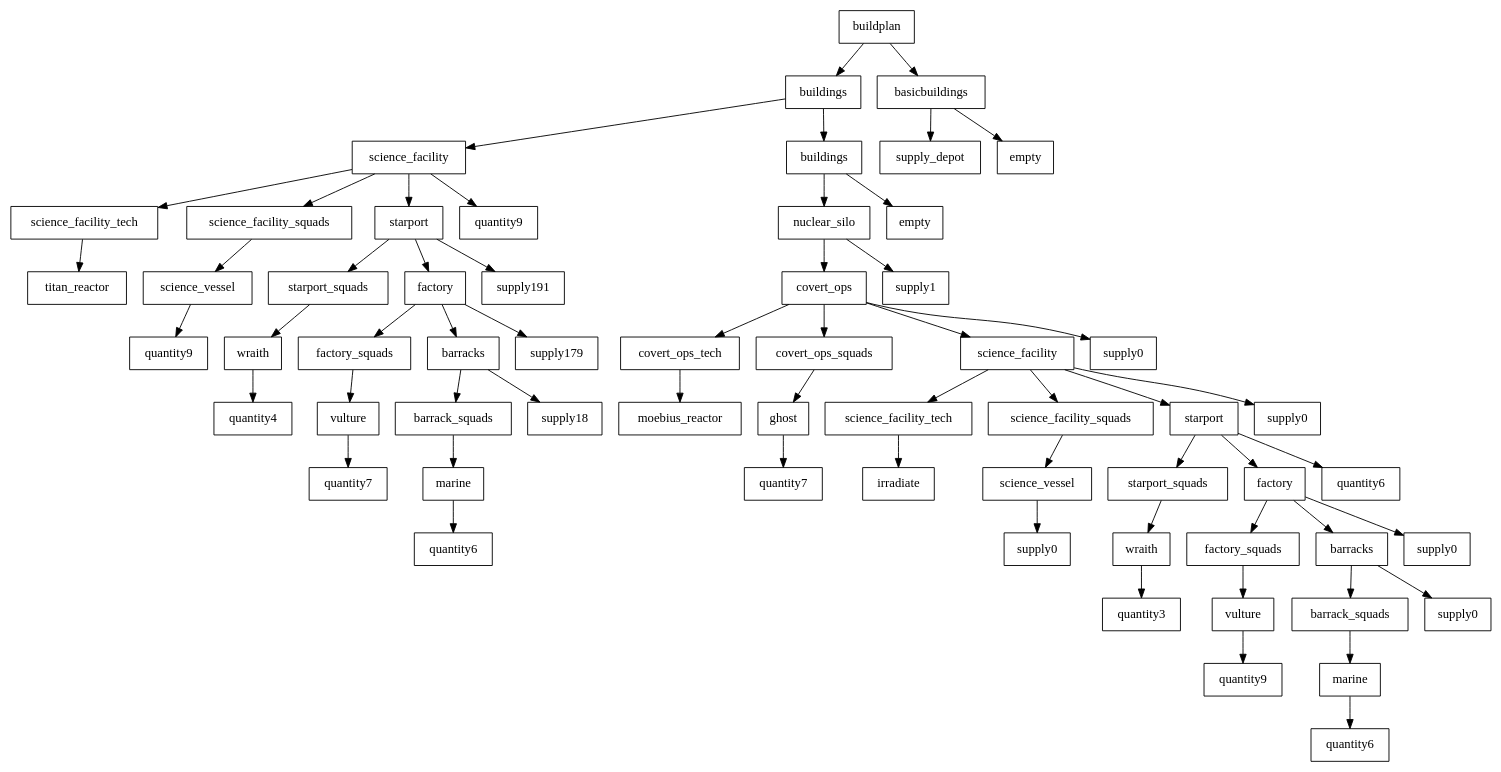
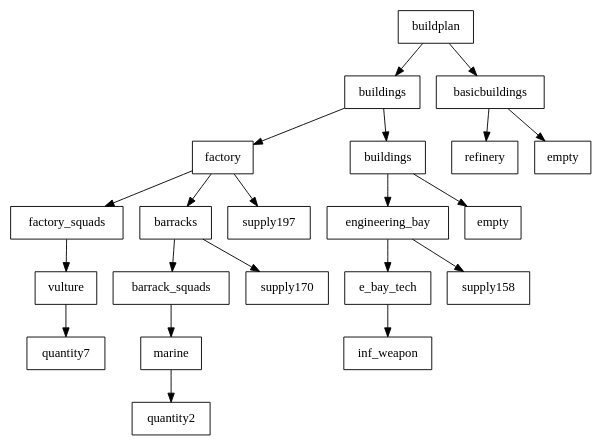
The diagram in GPBot/file.dot (cryogenic-dreams/StarCraft-GPBot), drawn with Graphviz before and after one commit. The commit also changed 6 other files, not shown here.

```diff
--- a/GPBot/file.dot
+++ b/GPBot/file.dot
@@ -1,123 +1,45 @@
 digraph g {
 graph [ordering=out];
 node [shape=rectangle];
 n[label = "buildplan"];
 n0[label = "buildings"];
-n00[label = "science_facility"];
-n000[label = "science_facility_tech"];
-n0000[label = "titan_reactor"];
+n00[label = "factory"];
+n000[label = "factory_squads"];
+n0000[label = "vulture"];
+n00000[label = "quantity7"];
+n0000 -> n00000;
 n000 -> n0000;
 n00 -> n000;
-n001[label = "science_facility_squads"];
-n0010[label = "science_vessel"];
-n00100[label = "quantity9"];
+n001[label = "barracks"];
+n0010[label = "barrack_squads"];
+n00100[label = "marine"];
+n001000[label = "quantity2"];
+n00100 -> n001000;
 n0010 -> n00100;
 n001 -> n0010;
+n0011[label = "supply170"];
+n001 -> n0011;
 n00 -> n001;
-n002[label = "starport"];
-n0020[label = "starport_squads"];
-n00200[label = "wraith"];
-n002000[label = "quantity4"];
-n00200 -> n002000;
-n0020 -> n00200;
-n002 -> n0020;
-n0021[label = "factory"];
-n00210[label = "factory_squads"];
-n002100[label = "vulture"];
-n0021000[label = "quantity7"];
-n002100 -> n0021000;
-n00210 -> n002100;
-n0021 -> n00210;
-n00211[label = "barracks"];
-n002110[label = "barrack_squads"];
-n0021100[label = "marine"];
-n00211000[label = "quantity6"];
-n0021100 -> n00211000;
-n002110 -> n0021100;
-n00211 -> n002110;
-n002111[label = "supply18"];
-n00211 -> n002111;
-n0021 -> n00211;
-n00212[label = "supply179"];
-n0021 -> n00212;
-n002 -> n0021;
-n0022[label = "supply191"];
-n002 -> n0022;
+n002[label = "supply197"];
 n00 -> n002;
-n003[label = "quantity9"];
-n00 -> n003;
 n0 -> n00;
 n01[label = "buildings"];
-n010[label = "nuclear_silo"];
-n0100[label = "covert_ops"];
-n01000[label = "covert_ops_tech"];
-n010000[label = "moebius_reactor"];
-n01000 -> n010000;
+n010[label = "engineering_bay"];
+n0100[label = "e_bay_tech"];
+n01000[label = "inf_weapon"];
 n0100 -> n01000;
-n01001[label = "covert_ops_squads"];
-n010010[label = "ghost"];
-n0100100[label = "quantity7"];
-n010010 -> n0100100;
-n01001 -> n010010;
-n0100 -> n01001;
-n01002[label = "science_facility"];
-n010020[label = "science_facility_tech"];
-n0100200[label = "irradiate"];
-n010020 -> n0100200;
-n01002 -> n010020;
-n010021[label = "science_facility_squads"];
-n0100210[label = "science_vessel"];
-n01002100[label = "supply0"];
-n0100210 -> n01002100;
-n010021 -> n0100210;
-n01002 -> n010021;
-n010022[label = "starport"];
-n0100220[label = "starport_squads"];
-n01002200[label = "wraith"];
-n010022000[label = "quantity3"];
-n01002200 -> n010022000;
-n0100220 -> n01002200;
-n010022 -> n0100220;
-n0100221[label = "factory"];
-n01002210[label = "factory_squads"];
-n010022100[label = "vulture"];
-n0100221000[label = "quantity9"];
-n010022100 -> n0100221000;
-n01002210 -> n010022100;
-n0100221 -> n01002210;
-n01002211[label = "barracks"];
-n010022110[label = "barrack_squads"];
-n0100221100[label = "marine"];
-n01002211000[label = "quantity6"];
-n0100221100 -> n01002211000;
-n010022110 -> n0100221100;
-n01002211 -> n010022110;
-n010022111[label = "supply0"];
-n01002211 -> n010022111;
-n0100221 -> n01002211;
-n01002212[label = "supply0"];
-n0100221 -> n01002212;
-n010022 -> n0100221;
-n0100222[label = "quantity6"];
-n010022 -> n0100222;
-n01002 -> n010022;
-n010023[label = "supply0"];
-n01002 -> n010023;
-n0100 -> n01002;
-n01003[label = "supply0"];
-n0100 -> n01003;
 n010 -> n0100;
-n0101[label = "supply1"];
+n0101[label = "supply158"];
 n010 -> n0101;
 n01 -> n010;
 n011[label = "empty"];
 n01 -> n011;
 n0 -> n01;
 n -> n0;
 n1[label = "basicbuildings"];
-n10[label = "supply_depot"];
+n10[label = "refinery"];
 n1 -> n10;
 n11[label = "empty"];
 n1 -> n11;
 n -> n1;
 }
```
